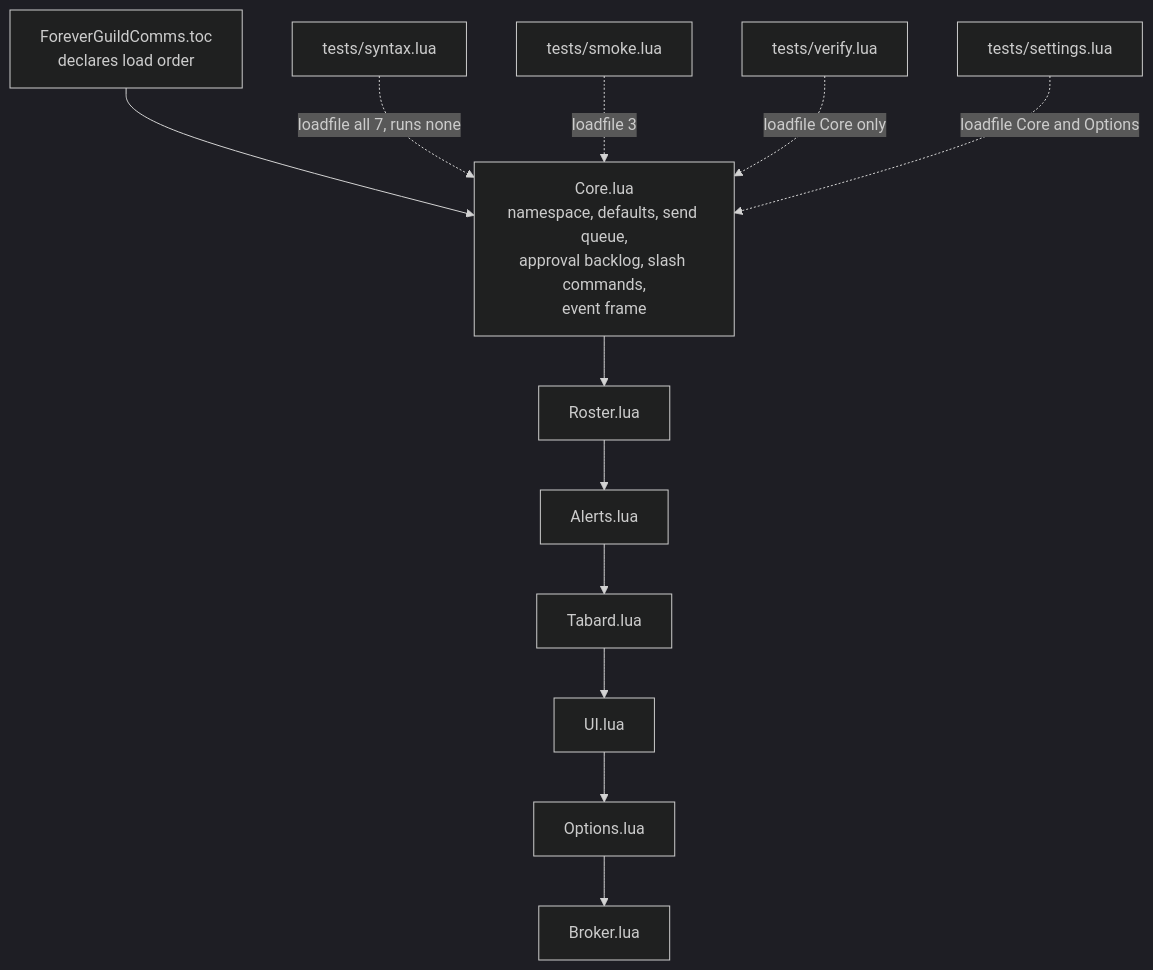
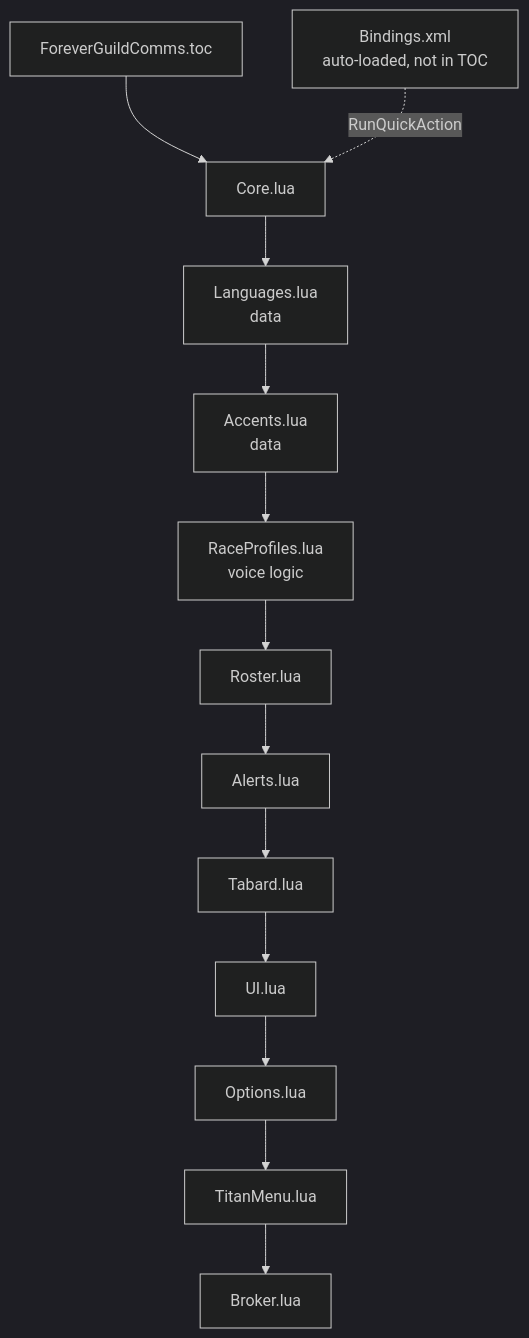
Before and after one commit to mreillyorg/ForeverGuildComms: the first of 2 diagrams in aidlc-docs/inception/reverse-engineering/code-structure.md, drawn with Mermaid (dark theme). The commit also changed other lines of this file and 22 other files, not shown here.

First line of the commit message:
Add opt-in key bindings for quick actions (0.4.1-beta)

````diff
--- a/aidlc-docs/inception/reverse-engineering/code-structure.md
+++ b/aidlc-docs/inception/reverse-engineering/code-structure.md
@@ -45,28 +58,29 @@
 ```mermaid
 flowchart TD
-    TOC["ForeverGuildComms.toc<br/>declares load order"]
-    Core["Core.lua<br/>namespace, defaults, send queue,<br/>approval backlog, slash commands,<br/>event frame"]
+    TOC["ForeverGuildComms.toc"]
+    Core["Core.lua"]
+    Lang["Languages.lua<br/>data"]
+    Acc["Accents.lua<br/>data"]
+    RP["RaceProfiles.lua<br/>voice logic"]
     Roster["Roster.lua"]
     Alerts["Alerts.lua"]
     Tabard["Tabard.lua"]
     UI["UI.lua"]
     Options["Options.lua"]
+    Titan["TitanMenu.lua"]
     Broker["Broker.lua"]
-    Syntax["tests/syntax.lua"]
-    Smoke["tests/smoke.lua"]
-    Verify["tests/verify.lua"]
-    Settings["tests/settings.lua"]
+    Bind["Bindings.xml<br/>auto-loaded, not in TOC"]
 
     TOC --> Core
-    Core --> Roster
+    Core --> Lang
+    Lang --> Acc
+    Acc --> RP
+    RP --> Roster
     Roster --> Alerts
     Alerts --> Tabard
     Tabard --> UI
     UI --> Options
-    Options --> Broker
-
-    Syntax -.->|"loadfile all 7, runs none"| Core
-    Smoke -.->|"loadfile 3"| Core
-    Verify -.->|"loadfile Core only"| Core
-    Settings -.->|"loadfile Core and Options"| Core
+    Options --> Titan
+    Titan --> Broker
+    Bind -.->|"RunQuickAction"| Core
 ```
````
